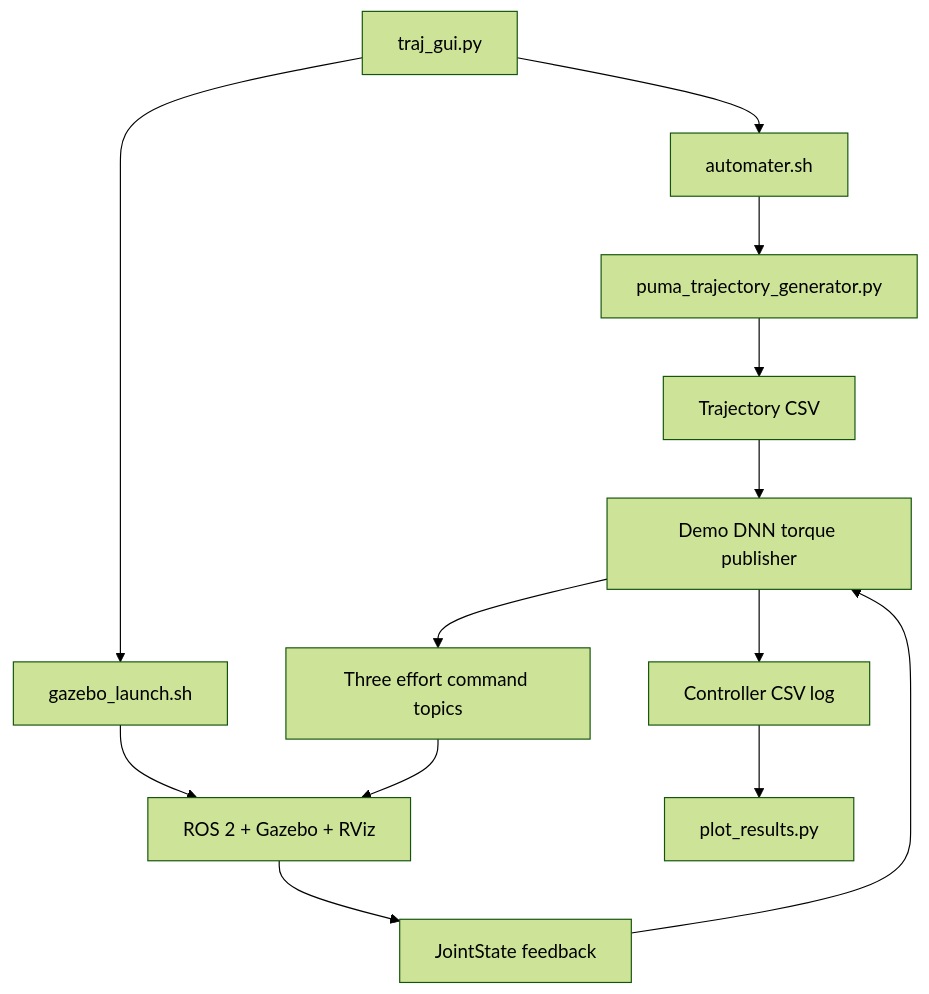
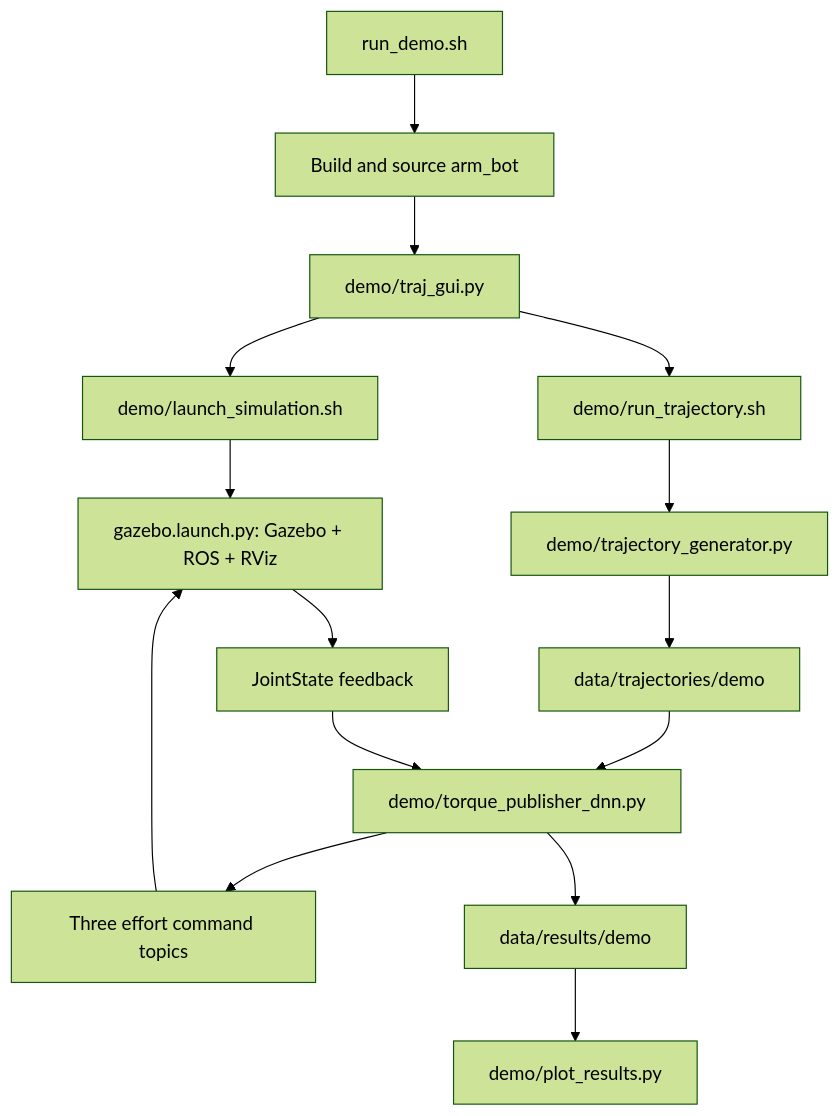
The diagram in docs/ARCHITECTURE.md (Abithan07/FYP-Puma_560), drawn with Mermaid (forest theme) before and after one commit. The commit also changed other lines of this file and 933 other files, not shown here.

Commit message:
Keep final run workflows and organize preserved research data

````diff
--- a/docs/ARCHITECTURE.md
+++ b/docs/ARCHITECTURE.md
@@ -11,15 +16,17 @@
 ```mermaid
 flowchart TD
-    GUI[traj_gui.py] --> WRAP[automater.sh]
-    GUI --> LAUNCH[gazebo_launch.sh]
-    WRAP --> GEN[puma_trajectory_generator.py]
-    GEN --> CSV[Trajectory CSV]
-    CSV --> DEMO[Demo DNN torque publisher]
-    LAUNCH --> SIM[ROS 2 + Gazebo + RViz]
-    DEMO --> COMMANDS[Three effort command topics]
-    COMMANDS --> SIM
-    SIM --> STATES[JointState feedback]
-    STATES --> DEMO
-    DEMO --> LOG[Controller CSV log]
-    LOG --> PLOT[plot_results.py]
+    RUN[run_demo.sh] --> BUILD[Build and source arm_bot]
+    BUILD --> GUI[demo/traj_gui.py]
+    GUI --> LAUNCH[demo/launch_simulation.sh]
+    LAUNCH --> SIM[gazebo.launch.py: Gazebo + ROS + RViz]
+    GUI --> WRAPPER[demo/run_trajectory.sh]
+    WRAPPER --> GEN[demo/trajectory_generator.py]
+    GEN --> CSV[data/trajectories/demo]
+    CSV --> CTRL[demo/torque_publisher_dnn.py]
+    SIM --> STATE[JointState feedback]
+    STATE --> CTRL
+    CTRL --> EFFORT[Three effort command topics]
+    EFFORT --> SIM
+    CTRL --> LOG[data/results/demo]
+    LOG --> PLOT[demo/plot_results.py]
 ```
````
